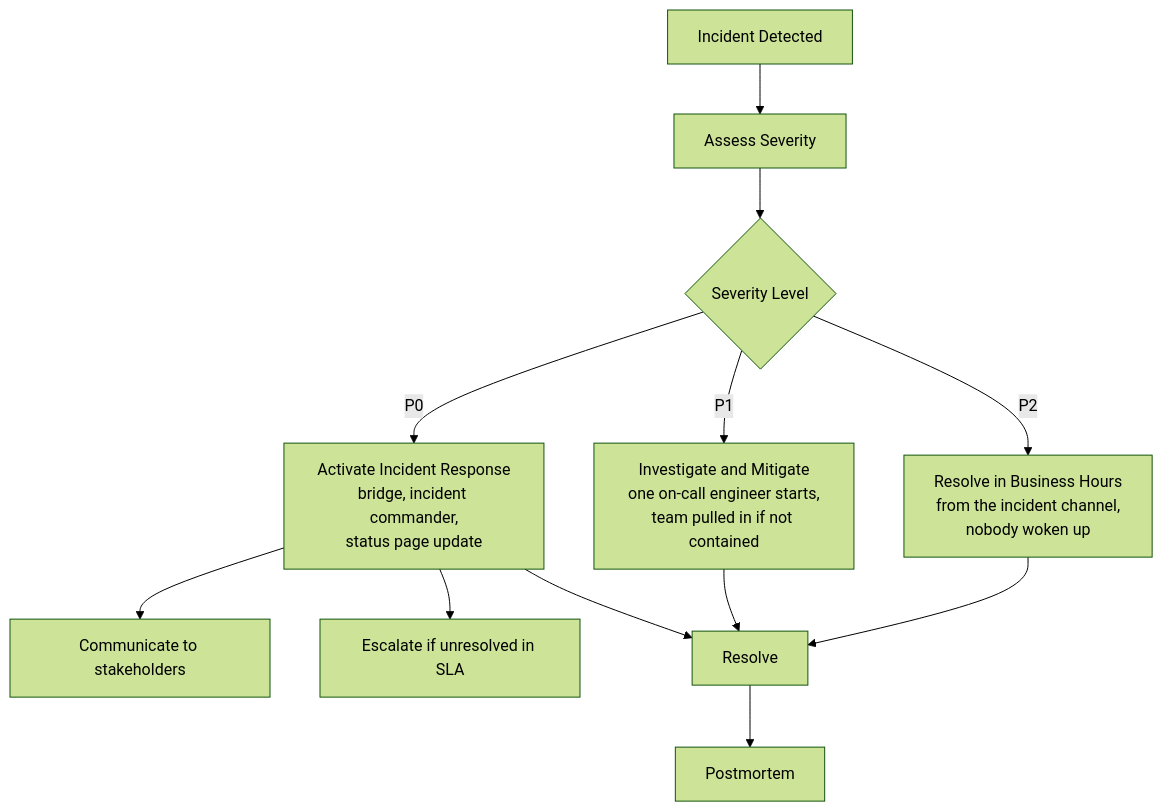
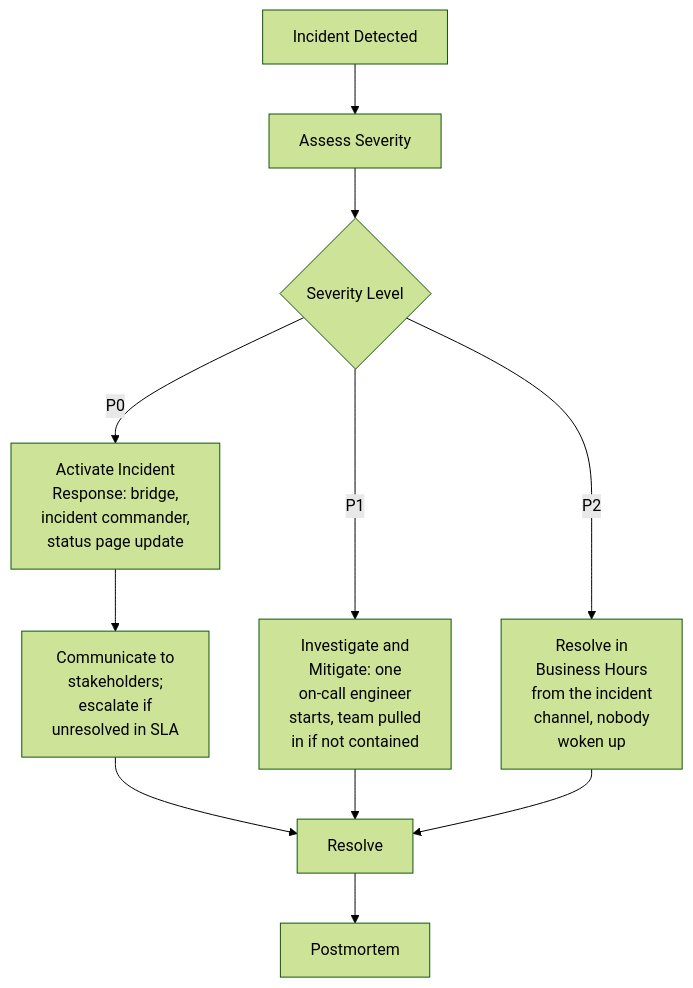
Before and after one commit to radra23/scryops-site: the fourth of 6 diagrams in content/guides/on-call-procedures.md, drawn with Mermaid (forest theme). The commit also changed other lines of this file and 49 other files, not shown here.

First line of the commit message:
fix(diagrams): fit the 18 live Mermaid diagrams that panned under the 12/14 floor

```diff
--- a/content/guides/on-call-procedures.md
+++ b/content/guides/on-call-procedures.md
@@ -84,14 +84,13 @@
 {{< mermaid >}}
 flowchart TD
     A[Incident Detected] --> B[Assess Severity]
     B --> C{Severity Level}
-    C -->|P0| D[Activate Incident Response<br/>bridge, incident commander,<br/>status page update]
-    C -->|P1| E[Investigate and Mitigate<br/>one on-call engineer starts,<br/>team pulled in if not contained]
-    C -->|P2| F[Resolve in Business Hours<br/>from the incident channel,<br/>nobody woken up]
-    D --> G[Communicate to stakeholders]
-    D --> H[Escalate if unresolved in SLA]
-    D --> I[Resolve]
+    C -->|P0| D[Activate Incident<br/>Response: bridge,<br/>incident commander,<br/>status page update]
+    C -->|P1| E[Investigate and<br/>Mitigate: one<br/>on-call engineer<br/>starts, team pulled<br/>in if not contained]
+    C -->|P2| F[Resolve in<br/>Business Hours<br/>from the incident<br/>channel, nobody<br/>woken up]
+    D --> G[Communicate to<br/>stakeholders;<br/>escalate if<br/>unresolved in SLA]
+    G --> I[Resolve]
     E --> I
     F --> I
     I --> J[Postmortem]
 {{< /mermaid >}}
```
